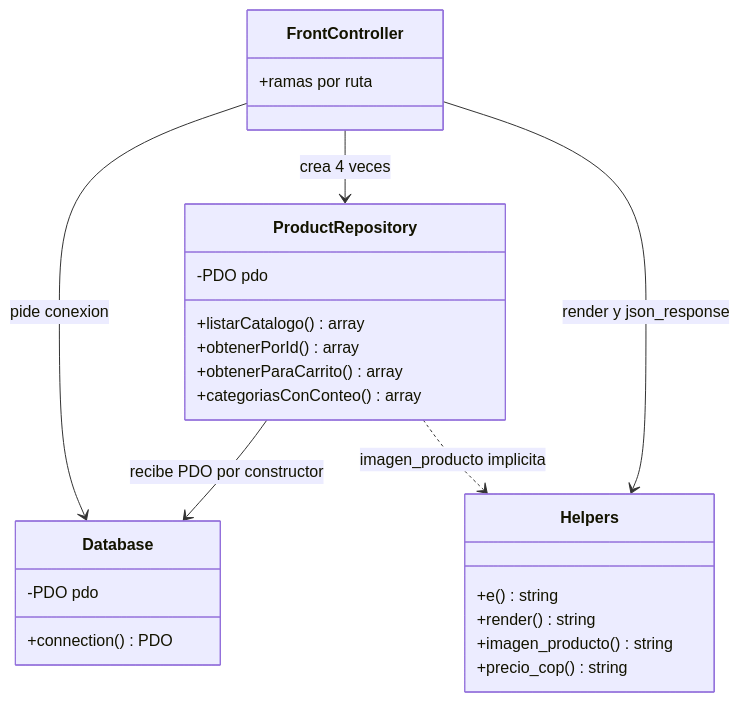
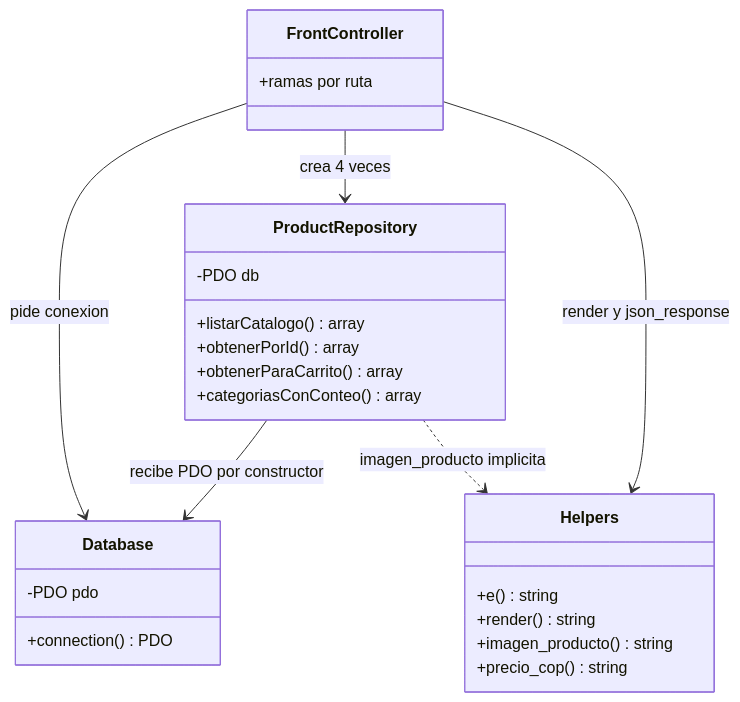
One commit to DSW-CristhianPerezPonce/mercaTECAM_web changed the diagram in docs/tutor/middle/patrones.md. Above: the diagram before and after it, drawn with Mermaid. The commit also changed 11 other files, not shown here.

````diff
--- a/docs/tutor/middle/patrones.md
+++ b/docs/tutor/middle/patrones.md
@@ -7,28 +7,28 @@
 ```mermaid
 classDiagram
     class Database {
         -PDO pdo
         +connection() PDO
     }
     class ProductRepository {
-        -PDO pdo
+        -PDO db
         +listarCatalogo() array
         +obtenerPorId() array
         +obtenerParaCarrito() array
         +categoriasConConteo() array
     }
     class Helpers {
         +e() string
         +render() string
         +imagen_producto() string
         +precio_cop() string
     }
     class FrontController {
         +ramas por ruta
     }
     FrontController --> Database : pide conexion
     FrontController --> ProductRepository : crea 4 veces
     FrontController --> Helpers : render y json_response
     ProductRepository --> Database : recibe PDO por constructor
     ProductRepository ..> Helpers : imagen_producto implicita
 ```
````
